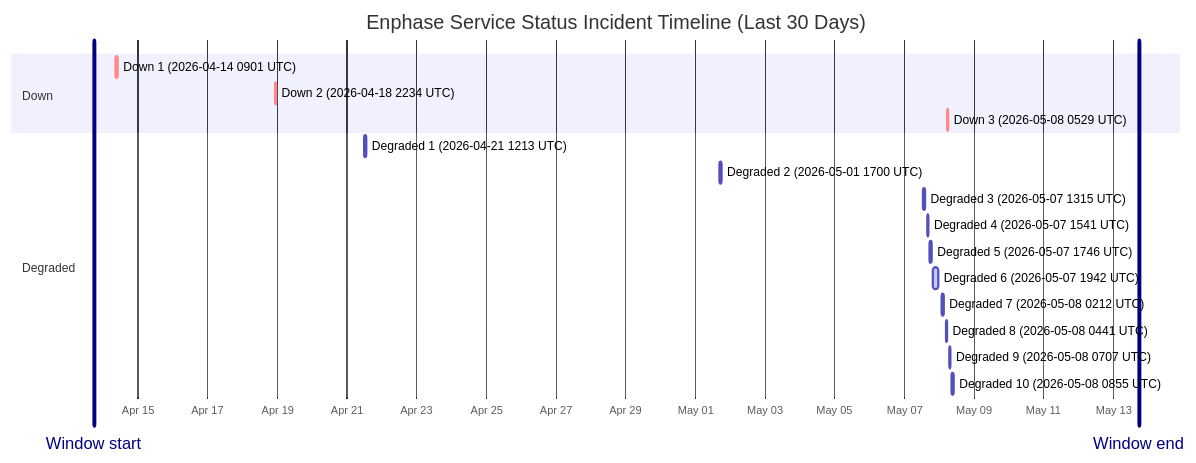
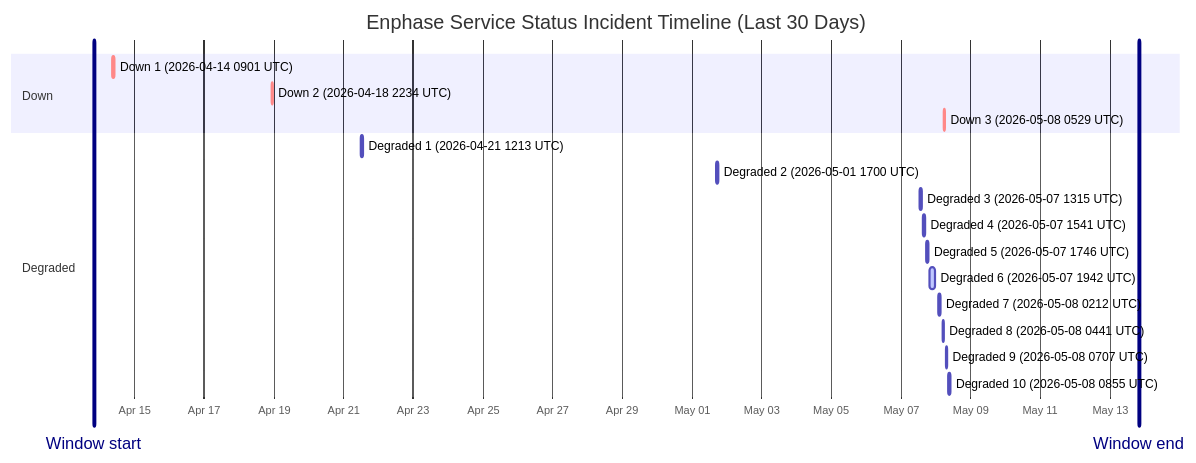
Before and after one commit to barneyonline/ha-enphase-ev-charger: the diagram in wiki/Service-Status-History.md, drawn with Mermaid. The commit also changed other lines of this file and 3 other files, not shown here.

````diff
--- a/wiki/Service-Status-History.md
+++ b/wiki/Service-Status-History.md
@@ -14,23 +14,23 @@
 ```mermaid
 gantt
     title Enphase Service Status Incident Timeline (Last 30 Days)
     dateFormat  YYYY-MM-DDTHH:mm:ss
     axisFormat  %b %d
-    Window start :vert, window-start, 2026-04-13T17:34:51, 0ms
-    Window end :vert, window-end, 2026-05-13T17:34:51, 0ms
+    Window start :vert, window-start, 2026-04-13T19:53:15, 0ms
+    Window end :vert, window-end, 2026-05-13T19:53:15, 0ms
     section Down
     Down 1 (2026-04-14 0901 UTC) :crit, down-1, 2026-04-14T09:01:13, 60m
     Down 2 (2026-04-18 2234 UTC) :crit, down-2, 2026-04-18T22:34:13, 60m
     Down 3 (2026-05-08 0529 UTC) :crit, down-3, 2026-05-08T05:29:47, 60m
     section Degraded
     Degraded 1 (2026-04-21 1213 UTC) :active, degraded-1, 2026-04-21T12:13:11, 60m
     Degraded 2 (2026-05-01 1700 UTC) :active, degraded-2, 2026-05-01T17:00:22, 60m
     Degraded 3 (2026-05-07 1315 UTC) :active, degraded-3, 2026-05-07T13:15:25, 60m
     Degraded 4 (2026-05-07 1541 UTC) :active, degraded-4, 2026-05-07T15:41:58, 60m
     Degraded 5 (2026-05-07 1746 UTC) :active, degraded-5, 2026-05-07T17:46:51, 60m
     Degraded 6 (2026-05-07 1942 UTC) :active, degraded-6, 2026-05-07T19:42:10, 249m
     Degraded 7 (2026-05-08 0212 UTC) :active, degraded-7, 2026-05-08T02:12:39, 60m
     Degraded 8 (2026-05-08 0441 UTC) :active, degraded-8, 2026-05-08T04:41:46, 60m
     Degraded 9 (2026-05-08 0707 UTC) :active, degraded-9, 2026-05-08T07:07:30, 60m
     Degraded 10 (2026-05-08 0855 UTC) :active, degraded-10, 2026-05-08T08:55:20, 88m
 ```
````
